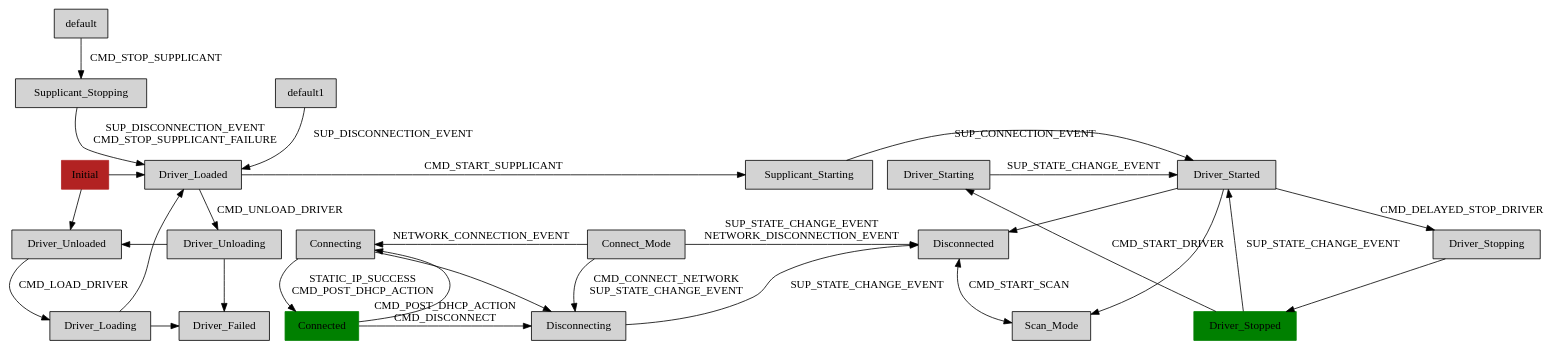
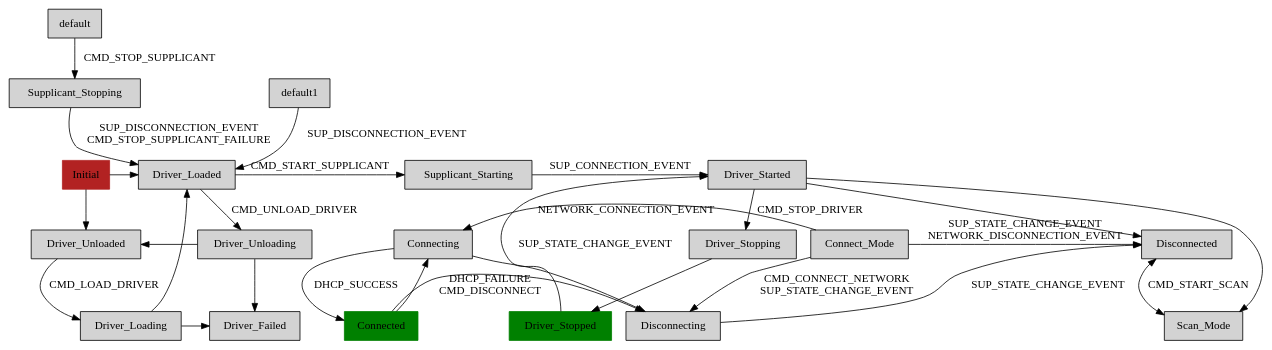
Before and after one commit to cambridgehackers/klaatu-language-gitorious: the diagram in fsm/test.dot, drawn with Graphviz. The commit also changed 1 other file, not shown here.

```diff
--- a/fsm/test.dot
+++ b/fsm/test.dot
@@ -1,44 +1,42 @@
 digraph wifistates {
     node [shape=box style=filled]
 
-    { rank=same; Initial Driver_Loaded Supplicant_Starting Driver_Started Driver_Starting }
+    { rank=same; Initial Driver_Loaded Supplicant_Starting Driver_Started }
     { rank=same; Driver_Unloaded Driver_Unloading }
     { rank=same; Driver_Loading Driver_Failed }
     { rank=same; Connect_Mode Connecting Disconnected }
     { rank=same; Connected Disconnecting }
     { rank=same; Driver_Stopped Scan_Mode }
 
     Connect_Mode -> Disconnected [ label="SUP_STATE_CHANGE_EVENT\nNETWORK_DISCONNECTION_EVENT" ]
     Connect_Mode -> Disconnecting [ label="CMD_CONNECT_NETWORK\nSUP_STATE_CHANGE_EVENT" ]
     Connected -> Connecting 
-    Connected -> Disconnecting [ label="CMD_POST_DHCP_ACTION\nCMD_DISCONNECT" ]
+    Connected -> Disconnecting [ label="DHCP_FAILURE\nCMD_DISCONNECT" ]
     Connecting -> Connect_Mode [ dir=back label=NETWORK_CONNECTION_EVENT ]
-    Connecting -> Connected [ label="STATIC_IP_SUCCESS\nCMD_POST_DHCP_ACTION" ]
+    Connecting -> Connected [ label="DHCP_SUCCESS" ]
     Connecting -> Disconnecting
     Disconnected -> Scan_Mode [ dir=both label=CMD_START_SCAN ]
     Disconnecting -> Disconnected [ label=SUP_STATE_CHANGE_EVENT ]
     Driver_Failed -> Driver_Unloading [dir=back]
     Driver_Loaded -> Driver_Unloading [ label=CMD_UNLOAD_DRIVER ]
     Driver_Loaded -> Supplicant_Starting [ label=CMD_START_SUPPLICANT ]
     Driver_Loading -> Driver_Failed
     Driver_Loading -> Driver_Loaded
     Driver_Started -> Disconnected
-    Driver_Started -> Driver_Stopping [ label=CMD_DELAYED_STOP_DRIVER ]
+    Driver_Started -> Driver_Stopping [ label=CMD_STOP_DRIVER ]
     Driver_Started -> Scan_Mode 
-    Driver_Starting -> Driver_Started [ label=SUP_STATE_CHANGE_EVENT ]
     Driver_Stopped -> Driver_Started [ label=SUP_STATE_CHANGE_EVENT ]
-    Driver_Stopped -> Driver_Starting [ label=CMD_START_DRIVER ]
     Driver_Stopping -> Driver_Stopped
     Driver_Unloaded -> Driver_Loading [ label=CMD_LOAD_DRIVER ]
     Driver_Unloaded -> Driver_Unloading [dir=back]
     Initial -> Driver_Loaded
     Initial -> Driver_Unloaded
     Supplicant_Starting -> Driver_Started [ label=SUP_CONNECTION_EVENT ]
     Supplicant_Stopping -> Driver_Loaded [ label="SUP_DISCONNECTION_EVENT\nCMD_STOP_SUPPLICANT_FAILURE" ]
     default -> Supplicant_Stopping [ label=CMD_STOP_SUPPLICANT ]
     default1 -> Driver_Loaded [ label=SUP_DISCONNECTION_EVENT ]
 
     Initial [ color=firebrick ]; 
     Connected [ color=green ]; 
     Driver_Stopped [ color=green ]; 
 }
```
